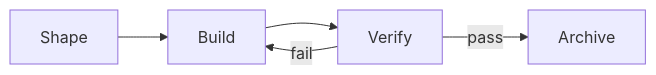
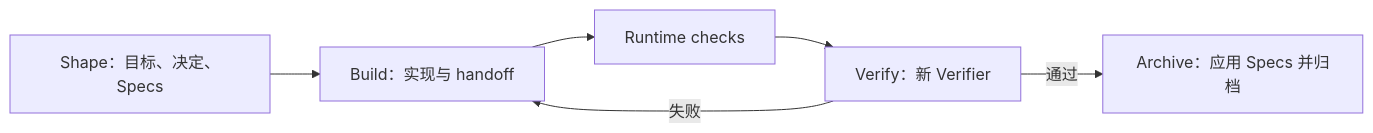
One commit to rpamis/comet-website-docs changed the diagram in zh/concepts/native-workflow.mdx. Above: the diagram before and after it, drawn with Mermaid. The commit also changed other lines of this file and 45 other files, not shown here.

````diff
--- a/zh/concepts/native-workflow.mdx
+++ b/zh/concepts/native-workflow.mdx
@@ -102,7 +10,7 @@
 ```mermaid
 flowchart LR
-  S["Shape"] --> B["Build"]
-  B --> V["Verify"]
-  V -->|pass| A["Archive"]
-  V -->|fail| B
+  S["Shape：目标、决定、Specs"] --> B["Build：实现与 handoff"]
+  B --> C["Runtime checks"] --> V["Verify：新 Verifier"]
+  V -->|失败| B
+  V -->|通过| A["Archive：应用 Specs 并归档"]
 ```
````
